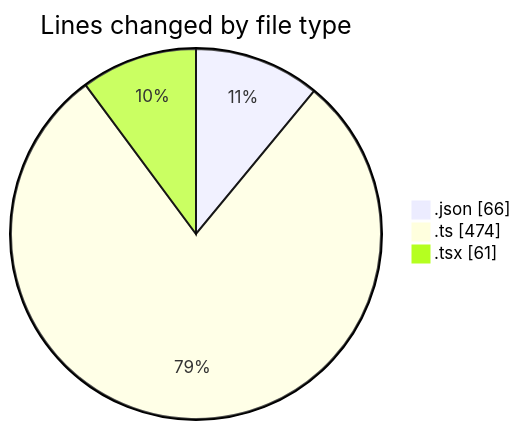
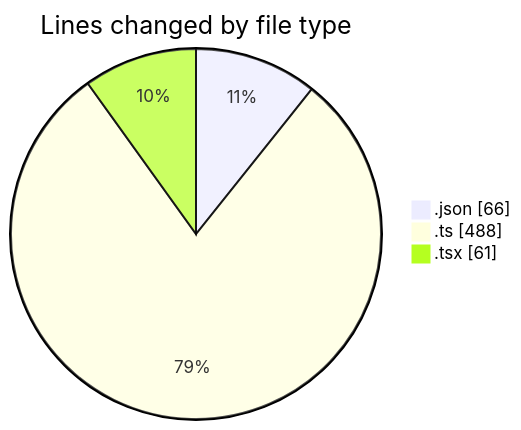
Before and after one commit to momahboobian/code-tracking: the first of 2 diagrams in 2025-05-09/cda/README.md, drawn with Mermaid. The commit also changed other lines of this file and 1 other file, not shown here.

````diff
--- a/2025-05-09/cda/README.md
+++ b/2025-05-09/cda/README.md
@@ -23,7 +23,7 @@
 ```mermaid
 pie showData
 title Lines changed by file type
 ".json" : 66
-".ts" : 474
+".ts" : 488
 ".tsx" : 61
 ```
````
